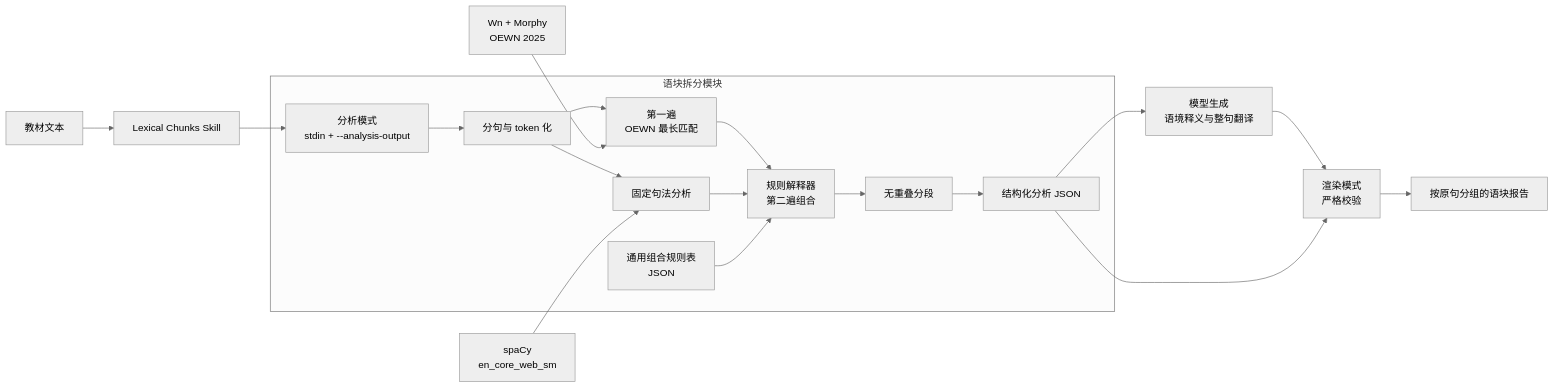
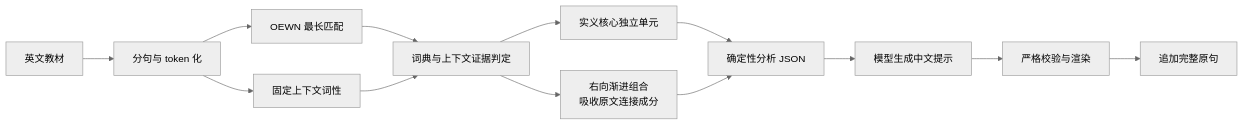
The diagram in docs/lexical-chunks-tooling.md (ReinerLau/earthworm), drawn with Mermaid (neutral theme) before and after one commit. The commit also changed other lines of this file and 9 other files, not shown here.

````diff
--- a/docs/lexical-chunks-tooling.md
+++ b/docs/lexical-chunks-tooling.md
@@ -62,23 +173,15 @@
 ```mermaid
 flowchart LR
-    A[教材文本] --> B[Lexical Chunks Skill]
-    B --> I[分析模式<br/>stdin + --analysis-output]
-
-    subgraph M[语块拆分模块]
-        I --> T[分句与 token 化]
-        T --> L[第一遍<br/>OEWN 最长匹配]
-        T --> P[固定句法分析]
-        L --> S[规则解释器<br/>第二遍组合]
-        P --> S
-        Q[通用组合规则表<br/>JSON] --> S
-        S --> R[无重叠分段]
-        R --> J[结构化分析 JSON]
-    end
-
-    W[Wn + Morphy<br/>OEWN 2025] --> L
-    N[spaCy<br/>en_core_web_sm] --> P
-    J --> G[模型生成<br/>语境释义与整句翻译]
-    G --> V[渲染模式<br/>严格校验]
-    J --> V
-    V --> F[按原句分组的语块报告]
+    A[英文教材] --> B[分句与 token 化]
+    B --> C[OEWN 最长匹配]
+    B --> D[固定上下文词性]
+    C --> E[词典与上下文证据判定]
+    D --> E
+    E --> F[实义核心独立单元]
+    E --> G[右向渐进组合<br/>吸收原文连接成分]
+    F --> H[确定性分析 JSON]
+    G --> H
+    H --> I[模型生成中文提示]
+    I --> J[严格校验与渲染]
+    J --> K[追加完整原句]
 ```
````
